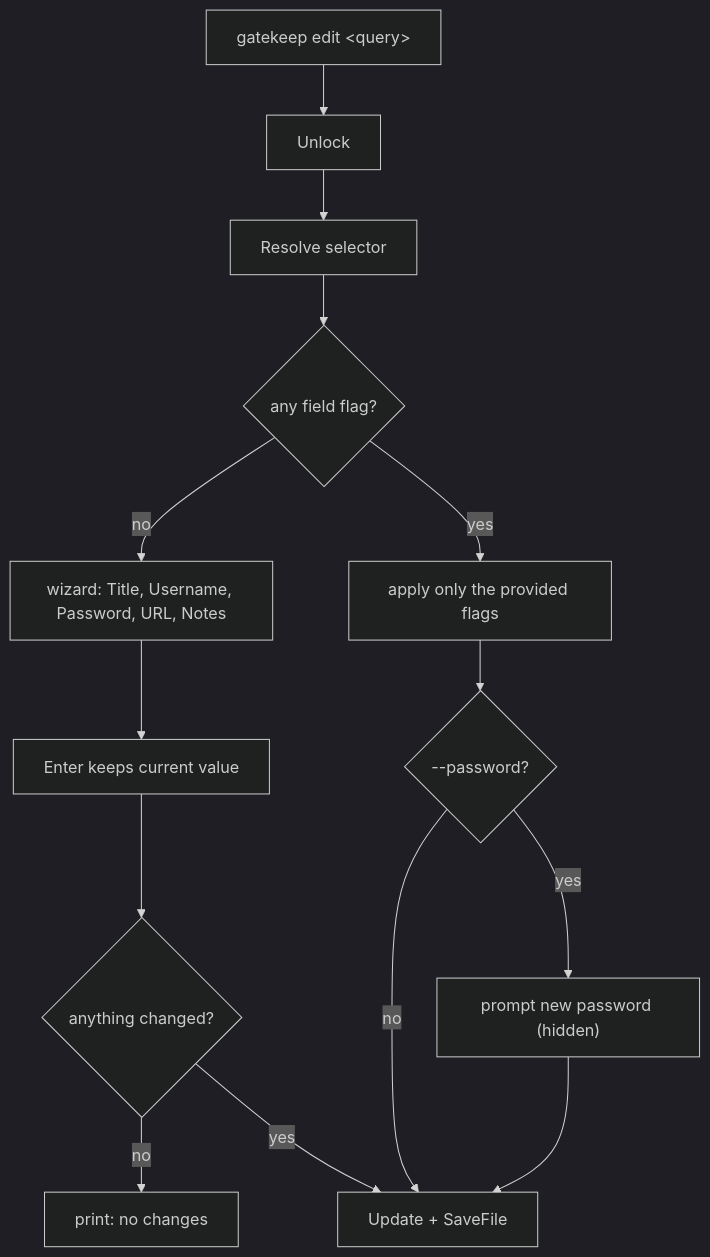
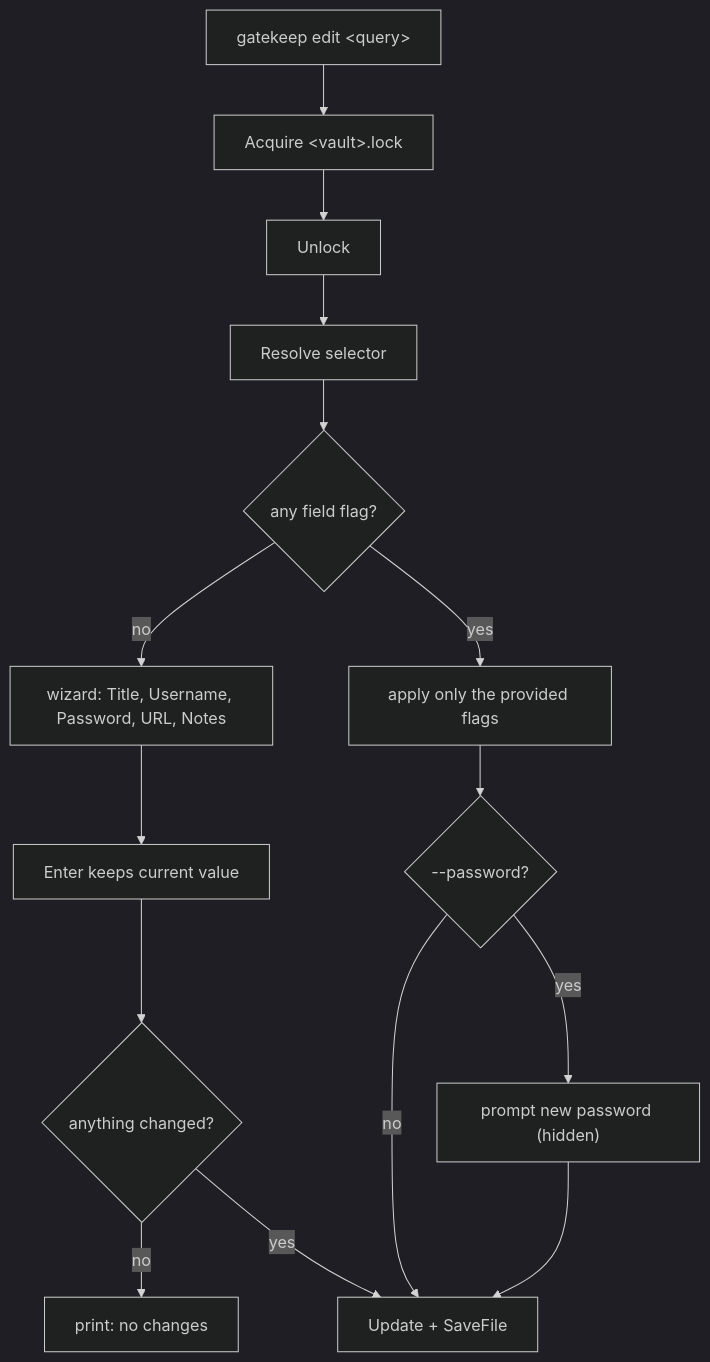
The seventh of 9 diagrams in cmd/FLOWS.md (nxkh4ng/gatekeep), drawn with Mermaid (dark theme) before and after one commit. The commit also changed other lines of this file and 9 other files, not shown here.

````diff
--- a/cmd/FLOWS.md
+++ b/cmd/FLOWS.md
@@ -110,16 +113,17 @@
 ```mermaid
 flowchart TD
-    A["gatekeep edit &lt;query&gt;"] --> U["Unlock"]
+    A["gatekeep edit &lt;query&gt;"] --> L["Acquire &lt;vault&gt;.lock"]
+    L --> U["Unlock"]
     U --> R["Resolve selector"]
     R --> F{"any field flag?"}
     F -->|no| W["wizard: Title, Username, Password, URL, Notes"]
     W --> W2["Enter keeps current value"]
     W2 --> C{"anything changed?"}
     C -->|no| N["print: no changes"]
     C -->|yes| S["Update + SaveFile"]
     F -->|yes| G["apply only the provided flags"]
     G --> Q{"--password?"}
     Q -->|yes| P["prompt new password (hidden)"]
     Q -->|no| S
     P --> S
 ```
````
